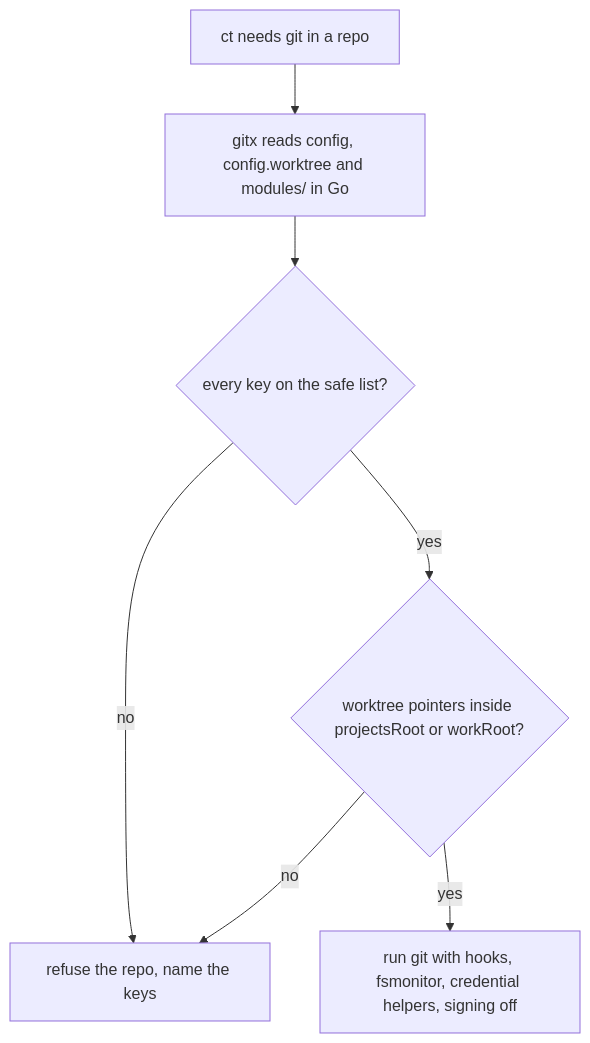
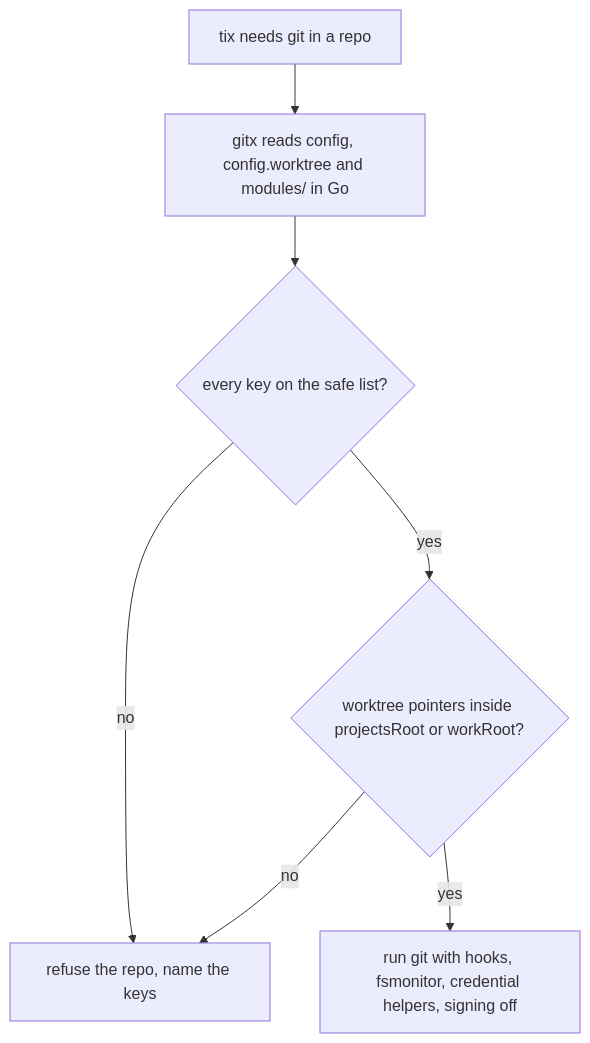
The diagram in docs/git-hardening.md (zero4573/claude-tickets), drawn with Mermaid before and after one commit. The commit also changed other lines of this file and 361 other files, not shown here.

````diff
--- a/docs/git-hardening.md
+++ b/docs/git-hardening.md
@@ -8,9 +8,9 @@
 ```mermaid
 flowchart TB
-  call["ct needs git in a repo"] --> read["gitx reads config, config.worktree and modules/ in Go"]
+  call["tix needs git in a repo"] --> read["gitx reads config, config.worktree and modules/ in Go"]
   read --> safe{"every key on the safe list?"}
   safe -- "no" --> refuse["refuse the repo, name the keys"]
   safe -- "yes" --> ptr{"worktree pointers inside projectsRoot or workRoot?"}
   ptr -- "no" --> refuse
   ptr -- "yes" --> run["run git with hooks, fsmonitor, credential helpers, signing off"]
 ```
````
